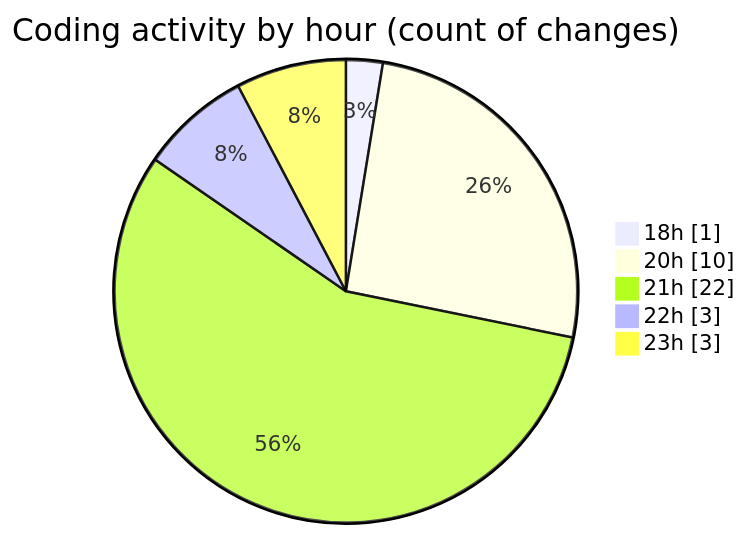
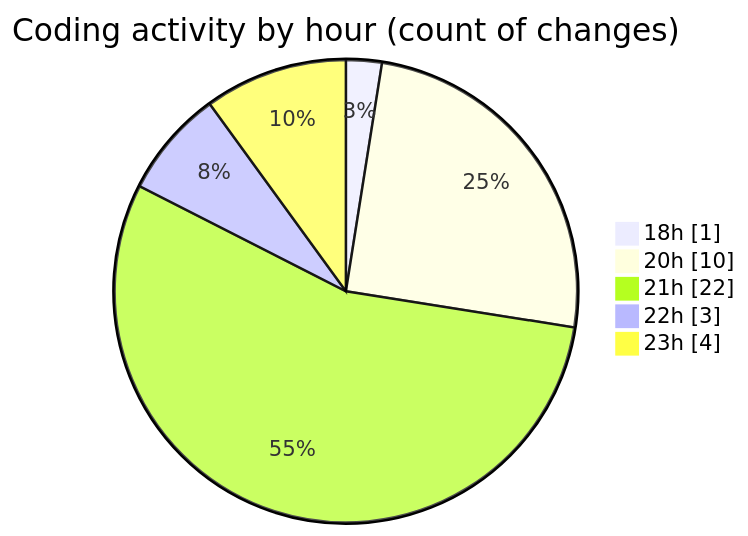
The second of 2 diagrams in 2025-10-08/untitled__workspace_/README.md (MatusMokan/code-tracking), drawn with Mermaid before and after one commit. The commit also changed other lines of this file and 1 other file, not shown here.

````diff
--- a/2025-10-08/untitled__workspace_/README.md
+++ b/2025-10-08/untitled__workspace_/README.md
@@ -32,9 +32,9 @@
 ```mermaid
 pie showData
 title Coding activity by hour (count of changes)
 "18h" : 1
 "20h" : 10
 "21h" : 22
 "22h" : 3
-"23h" : 3
+"23h" : 4
 ```
````
